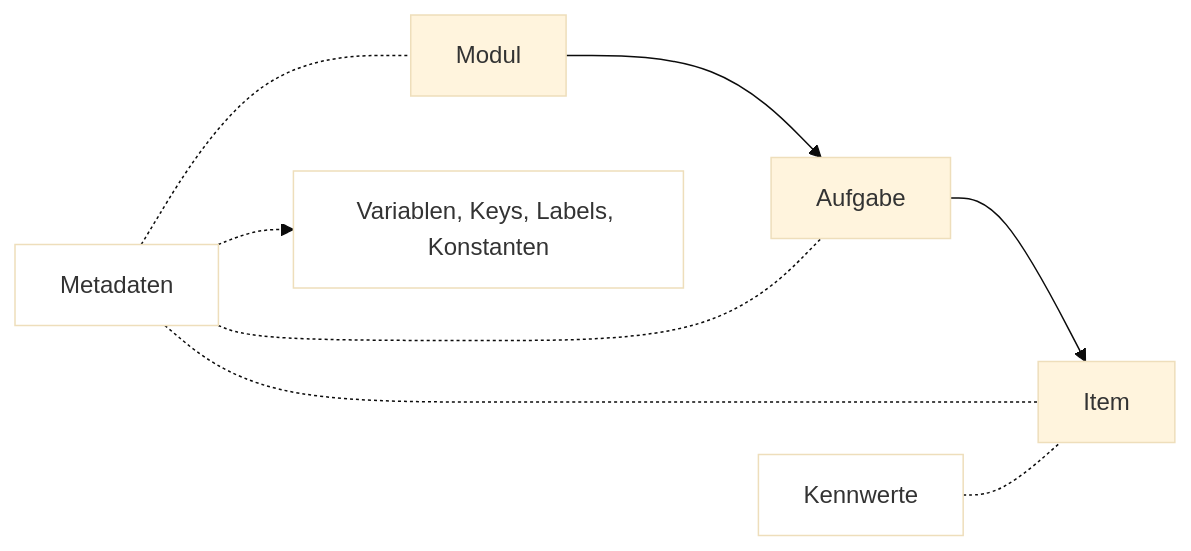
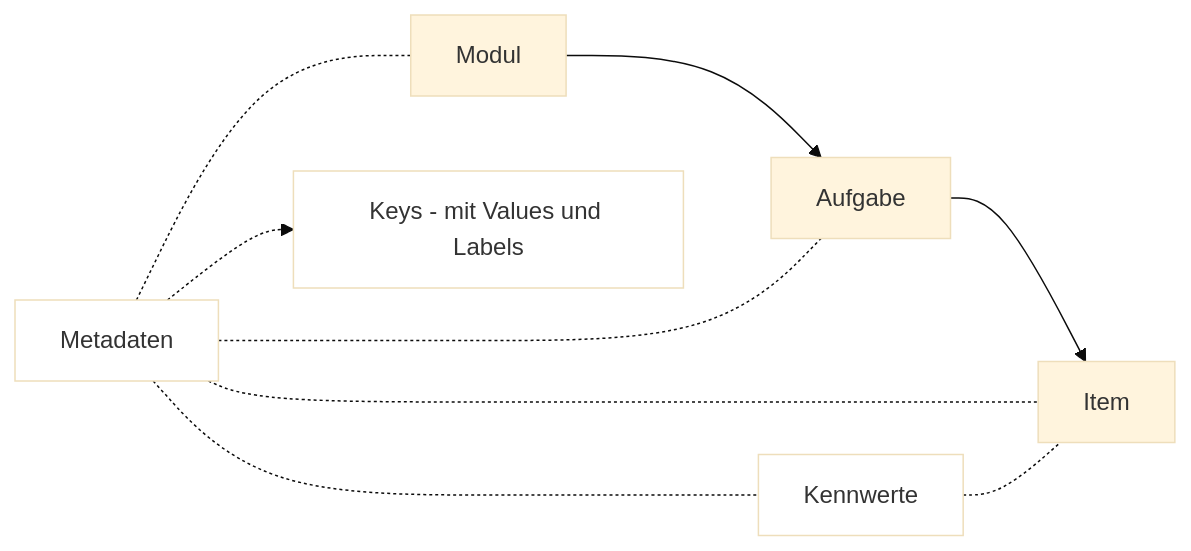
The diagram in intro/index.qmd (iqb-berlin/item-table), drawn with Mermaid (base theme) before and after one commit. The commit also changed other lines of this file and 12 other files, not shown here.

````diff
--- a/intro/index.qmd
+++ b/intro/index.qmd
@@ -19,13 +24,14 @@
 ```{mermaid}
 flowchart LR
    D[Modul] --> A[Aufgabe]
    A --> I[Item]
    M[Metadaten] -.- D
-   M -.-> V[Variablen, Keys, Labels, Konstanten]
+   M -.-> V[Keys - mit Values und Labels]
    style M fill:white
    style V fill:white
    M -.- A
    M -.- I
    K[Kennwerte] -.- I
    style K fill:white
+   M -.- K
 ```
````
